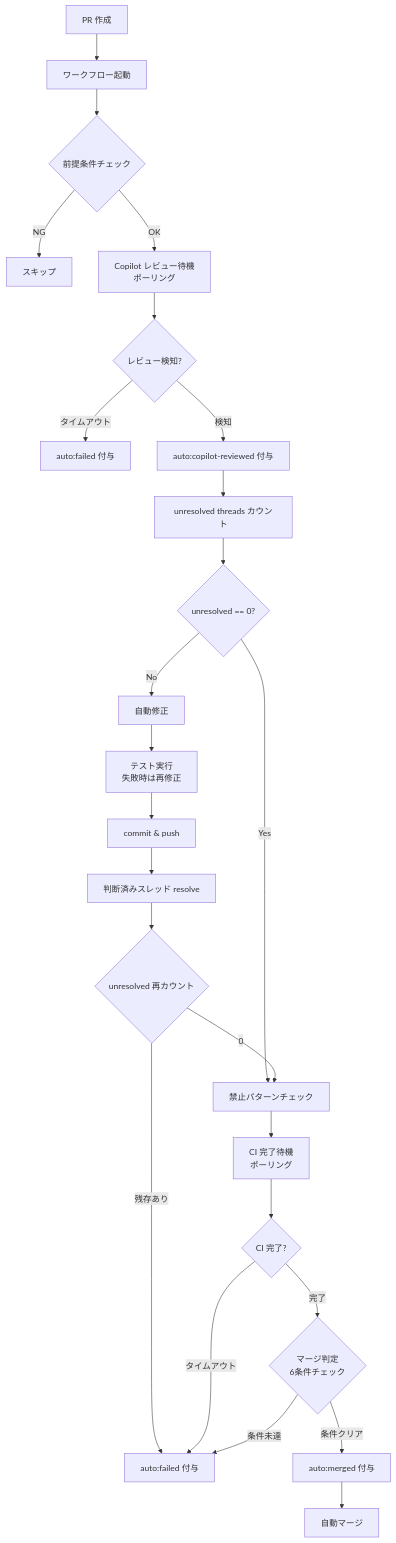
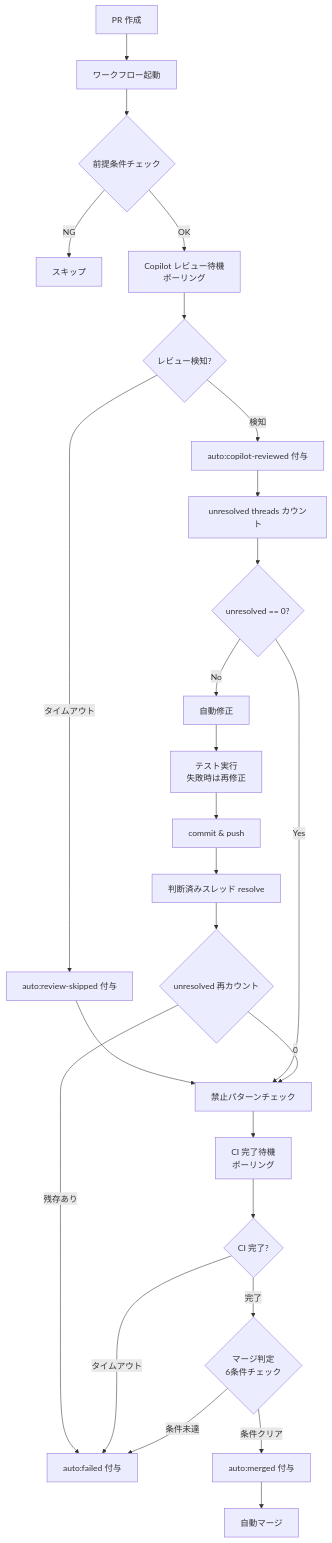
Before and after one commit to becky3/shared-workflows: the diagram in docs/specs/copilot-auto-fix.md, drawn with Mermaid. The commit also changed other lines of this file and 2 other files, not shown here.

Commit message:
fix(copilot-auto-fix): レビュータイムアウト時にスキップしてマージ進行 (#38)

````diff
--- a/docs/specs/copilot-auto-fix.md
+++ b/docs/specs/copilot-auto-fix.md
@@ -48,27 +48,28 @@
 ```mermaid
 flowchart TD
     A[PR 作成] --> B[ワークフロー起動]
     B --> B0{前提条件チェック}
     B0 -->|NG| Z[スキップ]
     B0 -->|OK| B1[Copilot レビュー待機<br/>ポーリング]
     B1 --> B2{レビュー検知?}
-    B2 -->|タイムアウト| I2[auto:failed 付与]
+    B2 -->|タイムアウト| I2[auto:review-skipped 付与]
+    I2 --> L0
     B2 -->|検知| B3[auto:copilot-reviewed 付与]
     B3 --> J[unresolved threads カウント]
     J --> K{unresolved == 0?}
     K -->|Yes| L0[禁止パターンチェック]
     K -->|No| M[自動修正]
     M --> M2[テスト実行<br/>失敗時は再修正]
     M2 --> M3[commit & push]
     M3 --> N[判断済みスレッド resolve]
     N --> N2{unresolved 再カウント}
     N2 -->|残存あり| P[auto:failed 付与]
     N2 -->|0| L0
     L0 --> CI[CI 完了待機<br/>ポーリング]
     CI --> CI2{CI 完了?}
     CI2 -->|タイムアウト| P[auto:failed 付与]
     CI2 -->|完了| L{マージ判定<br/>6条件チェック}
     L -->|条件クリア| L2[auto:merged 付与]
     L2 --> O[自動マージ]
     L -->|条件未達| P
 ```
````
